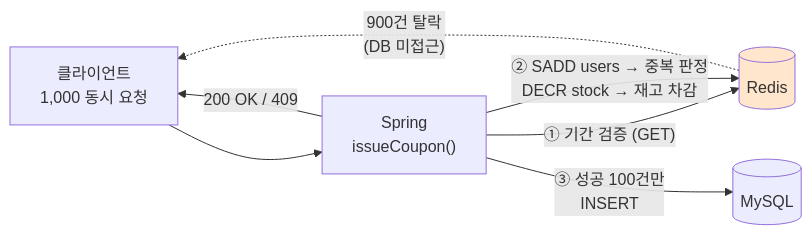
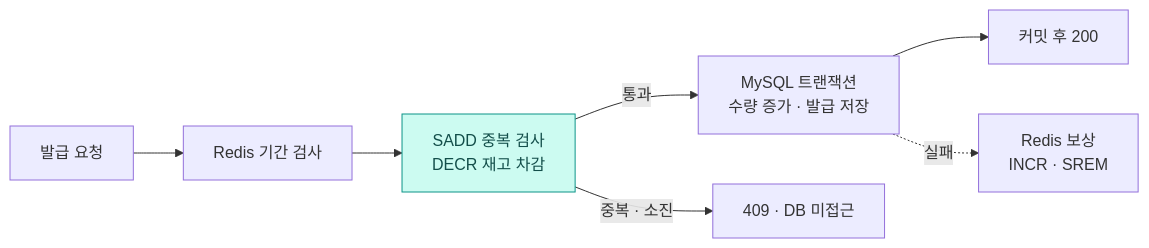
One commit to joejaeyoung/Project-coupon_rush changed the second of 3 diagrams in README.md. Above: the diagram before and after it, drawn with Mermaid. The commit also changed other lines of this file and 4 other files, not shown here.

Commit message:
docs: improve README with architecture and benchmark context

````diff
--- a/README.md
+++ b/README.md
@@ -77,10 +78,10 @@
 ```mermaid
 flowchart LR
-  C["클라이언트<br/>1,000 동시 요청"] --> A["Spring<br/>issueCoupon()"]
-  A -->|"① 기간 검증 (GET)"| R[("Redis")]
-  A -->|"② SADD users → 중복 판정<br/>DECR stock → 재고 차감"| R
-  R -.->|"900건 탈락<br/>(DB 미접근)"| C
-  A -->|"③ 성공 100건만<br/>INSERT"| DB[("MySQL")]
-  A -->|"200 OK / 409"| C
-  style R fill:#ffe6cc
+    A["발급 요청"] --> B["Redis 기간 검사"]
+    B --> C["SADD 중복 검사<br/>DECR 재고 차감"]
+    C -->|"통과"| D["MySQL 트랜잭션<br/>수량 증가 · 발급 저장"]
+    D --> E["커밋 후 200"]
+    C -->|"중복 · 소진"| F["409 · DB 미접근"]
+    D -.->|"실패"| G["Redis 보상<br/>INCR · SREM"]
+    style C fill:#ccfbf1,stroke:#0d9488,color:#134e4a
 ```
````
